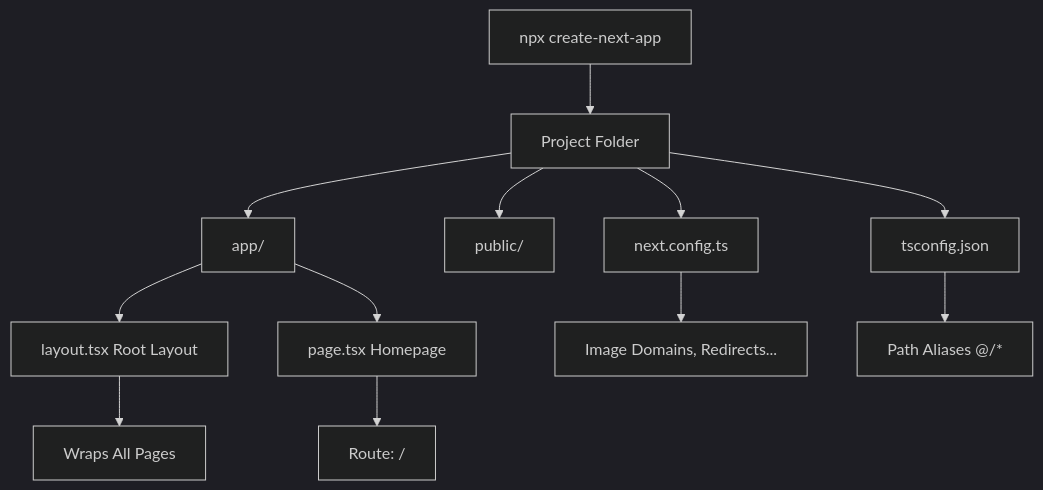
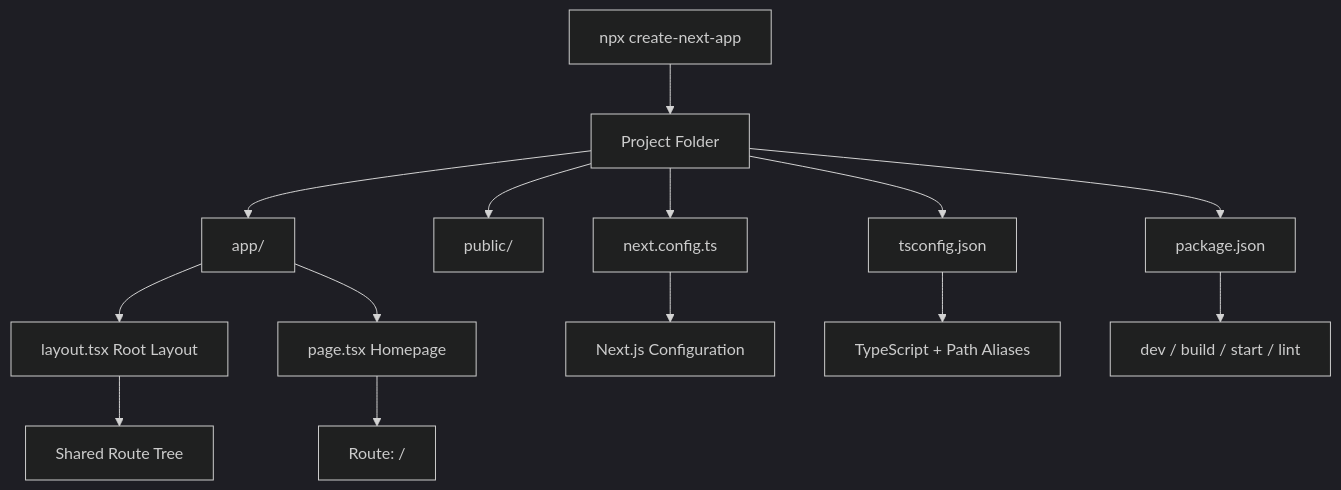
Before and after one commit to kaushalkumar8459/CodingTerminal-Tutorial-Notes: the diagram in tutorial-platform/public/tutorials/nextjs/day-002-installation-and-project-setup.md, drawn with Mermaid (dark theme). The commit also changed other lines of this file, not shown here.

Commit message:
Enhance Next.js Day 2 project setup tutorial

````diff
--- a/tutorial-platform/public/tutorials/nextjs/day-002-installation-and-project-setup.md
+++ b/tutorial-platform/public/tutorials/nextjs/day-002-installation-and-project-setup.md
@@ -291,14 +299,16 @@
 ```mermaid
 flowchart TD
   A[npx create-next-app] --> B[Project Folder]
   B --> C[app/]
   B --> D[public/]
   B --> E[next.config.ts]
   B --> F[tsconfig.json]
-  C --> G[layout.tsx Root Layout]
-  C --> H[page.tsx Homepage]
-  G --> I[Wraps All Pages]
-  H --> J[Route: /]
-  E --> K[Image Domains, Redirects...]
-  F --> L[Path Aliases @/*]
+  B --> G[package.json]
+  C --> H[layout.tsx Root Layout]
+  C --> I[page.tsx Homepage]
+  H --> J[Shared Route Tree]
+  I --> K[Route: /]
+  E --> L[Next.js Configuration]
+  F --> M[TypeScript + Path Aliases]
+  G --> N[dev / build / start / lint]
 ```
````
